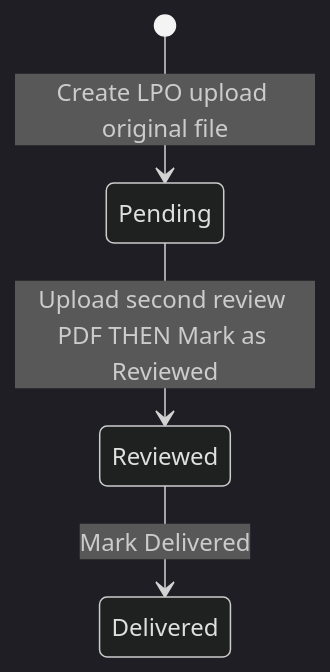
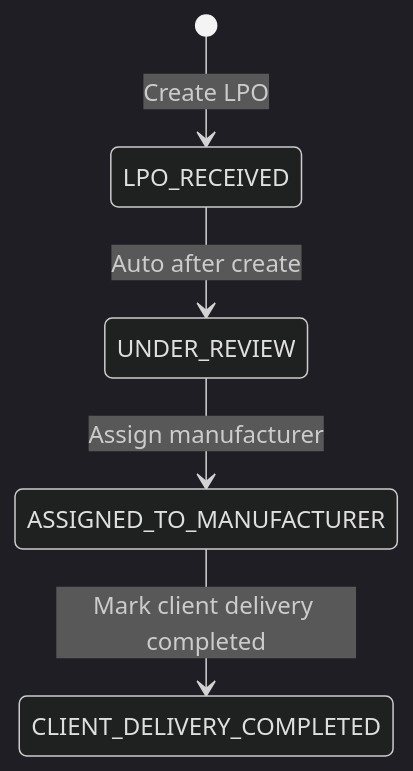
One commit to mrvlsaf/ditanik changed the first of 3 diagrams in docs/ROADMAP.md. Above: the diagram before and after it, drawn with Mermaid (dark theme). The commit also changed other lines of this file and 98 other files, not shown here.

First line of the commit message:
Rewrite LPO and fabric for greenfield product flows.

````diff
--- a/docs/ROADMAP.md
+++ b/docs/ROADMAP.md
@@ -258,6 +82,7 @@
 ```mermaid
 stateDiagram-v2
-  [*] --> Pending: Create LPO upload original file
-  Pending --> Reviewed: Upload second review PDF THEN Mark as Reviewed
-  Reviewed --> Delivered: Mark Delivered
+  [*] --> LPO_RECEIVED: Create LPO
+  LPO_RECEIVED --> UNDER_REVIEW: Auto after create
+  UNDER_REVIEW --> ASSIGNED_TO_MANUFACTURER: Assign manufacturer
+  ASSIGNED_TO_MANUFACTURER --> CLIENT_DELIVERY_COMPLETED: Mark client delivery completed
 ```
````
